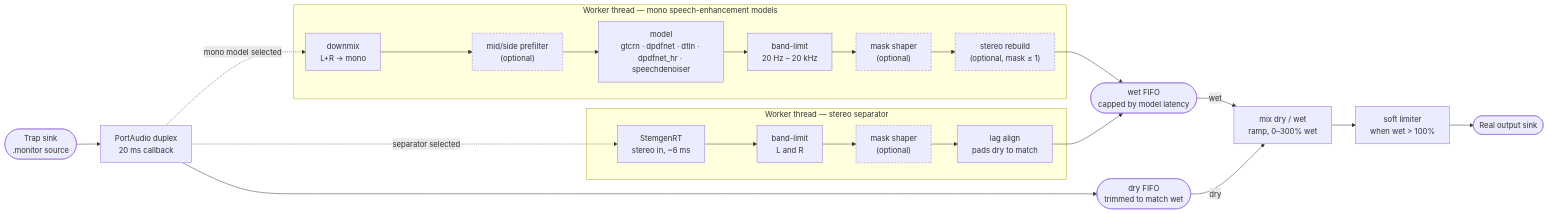
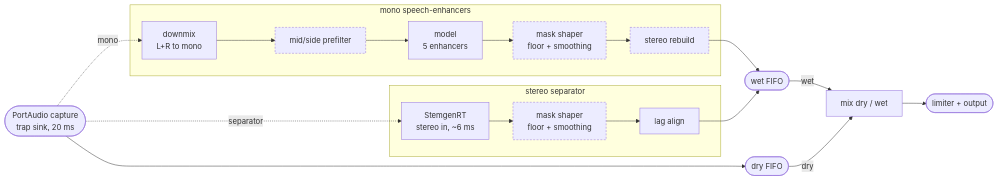
One commit to mAbEngineers/Music-Assassin-Live changed the diagram in README.md. Above: the diagram before and after it, drawn with Mermaid. The commit also changed other lines of this file, not shown here.

Commit message:
Shrink the pipeline diagram
Merges the capture and output stages into single boxes, drops the two
band-limit boxes (noted in prose instead), and trims every label -
mainly the repeated "(optional)" text and the full model-name list,
both already said in the surrounding prose. Node count 13 to 10.

````diff
--- a/README.md
+++ b/README.md
@@ -71,30 +73,27 @@
 ```mermaid
 flowchart LR
-    TRAP(["Trap sink<br>.monitor source"]) --> PA["PortAudio duplex<br>20 ms callback"]
-    PA --> DRYFIFO(["dry FIFO<br>trimmed to match wet"])
-    PA -. mono model selected .-> DOWN["downmix<br>L+R → mono"]
-    PA -. separator selected .-> FEED["StemgenRT<br>stereo in, ~6 ms"]
+    CAP(["PortAudio capture<br>trap sink, 20 ms"]) --> DRYFIFO(["dry FIFO"])
+    CAP -. mono .-> DOWN["downmix<br>L+R to mono"]
+    CAP -. separator .-> FEED["StemgenRT<br>stereo in, ~6 ms"]
 
-    subgraph MONO["Worker thread — mono speech-enhancement models"]
-        DOWN --> MS["mid/side prefilter<br>(optional)"]
-        MS --> MODEL["model<br>gtcrn · dpdfnet · dtln · dpdfnet_hr · speechdenoiser"]
-        MODEL --> BL1["band-limit<br>20 Hz – 20 kHz"]
-        BL1 --> SHAPE1["mask shaper<br>(optional)"]
-        SHAPE1 --> REBUILD["stereo rebuild<br>(optional, mask ≤ 1)"]
+    subgraph MONO["mono speech-enhancers"]
+        DOWN --> MS["mid/side prefilter"]
+        MS --> MODEL["model<br>5 enhancers"]
+        MODEL --> SHAPE1["mask shaper<br>floor + smoothing"]
+        SHAPE1 --> REBUILD["stereo rebuild"]
     end
 
-    subgraph STEREO["Worker thread — stereo separator"]
-        FEED --> BL2["band-limit<br>L and R"]
-        BL2 --> SHAPE2["mask shaper<br>(optional)"]
-        SHAPE2 --> LAG["lag align<br>pads dry to match"]
+    subgraph STEREO["stereo separator"]
+        FEED --> SHAPE2["mask shaper<br>floor + smoothing"]
+        SHAPE2 --> LAG["lag align"]
     end
 
-    REBUILD --> WETFIFO(["wet FIFO<br>capped by model latency"])
+    REBUILD --> WETFIFO(["wet FIFO"])
     LAG --> WETFIFO
-    WETFIFO -- wet --> MIX["mix dry / wet<br>ramp, 0–300% wet"]
+    WETFIFO -- wet --> MIX["mix dry / wet"]
     DRYFIFO -- dry --> MIX
-    MIX --> LIMIT["soft limiter<br>when wet > 100%"] --> OUT(["Real output sink"])
+    MIX --> OUT(["limiter + output"])
 
     classDef optional stroke-dasharray: 4 3
     class MS,SHAPE1,REBUILD,SHAPE2 optional
 ```
````
